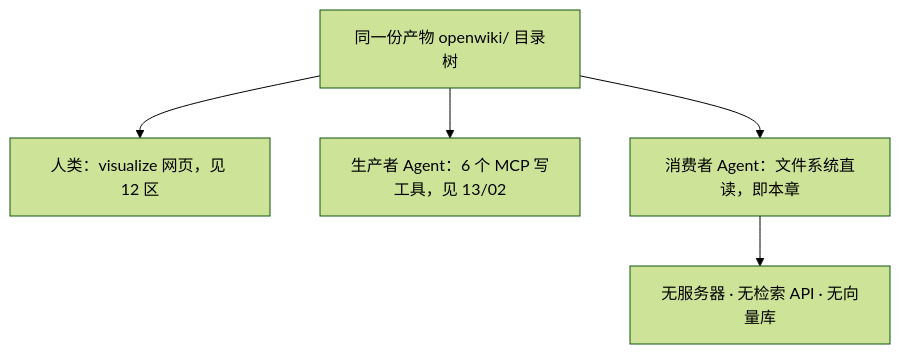
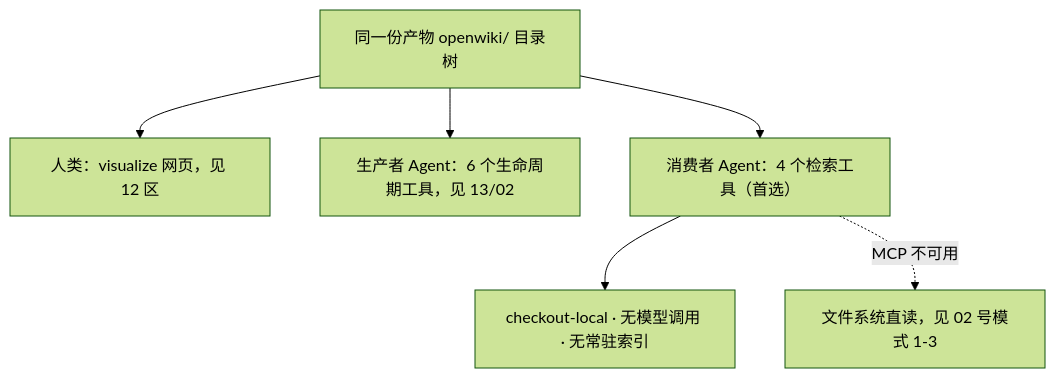
Before and after one commit to ethan-jiang-1/openwiki: the first of 2 diagrams in _digested/15-agent-consumption/01-how-agents-read-the-wiki.md, drawn with Mermaid (forest theme). The commit also changed other lines of this file and 82 other files, not shown here.

````diff
--- a/_digested/15-agent-consumption/01-how-agents-read-the-wiki.md
+++ b/_digested/15-agent-consumption/01-how-agents-read-the-wiki.md
@@ -40,7 +39,8 @@
 ```mermaid
 flowchart TD
     A["同一份产物 openwiki/ 目录树"] --> H["人类：visualize 网页，见 12 区"]
-    A --> P["生产者 Agent：6 个 MCP 写工具，见 13/02"]
-    A --> C["消费者 Agent：文件系统直读，即本章"]
-    C --> C1["无服务器 · 无检索 API · 无向量库"]
+    A --> P["生产者 Agent：6 个生命周期工具，见 13/02"]
+    A --> C["消费者 Agent：4 个检索工具（首选）"]
+    C --> C1["checkout-local · 无模型调用 · 无常驻索引"]
+    C -.->|"MCP 不可用"| C2["文件系统直读，见 02 号模式 1-3"]
 ```
````
